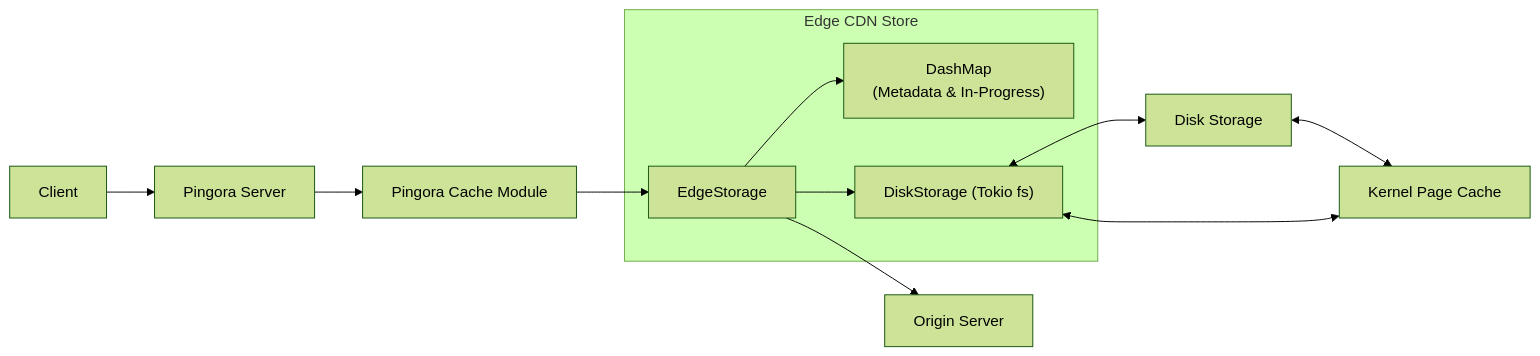
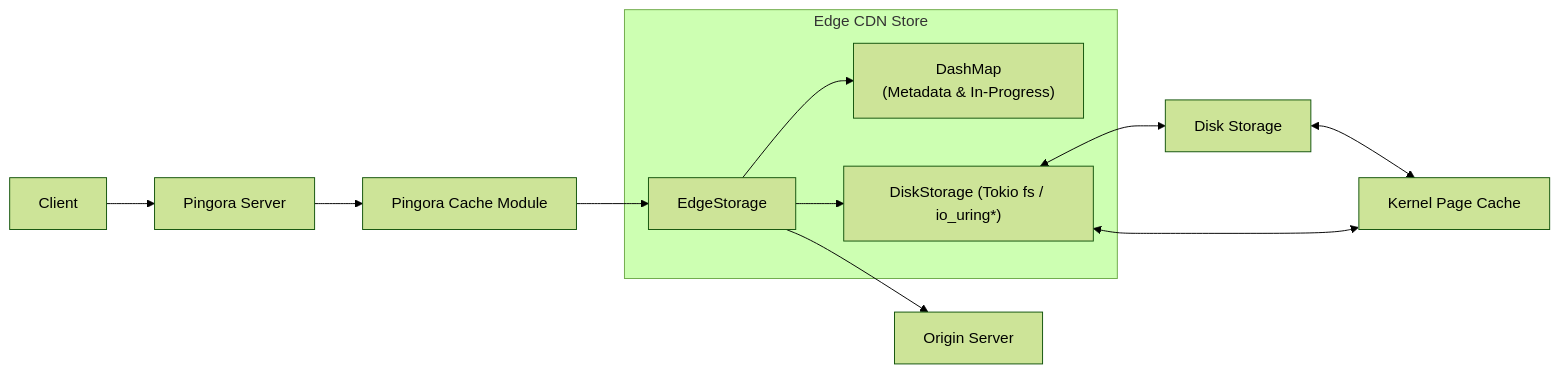
Before and after one commit to PixmaNts/edge-cdn-store: the first of 4 diagrams in design/architecture_diagrams.md, drawn with Mermaid (forest theme). The commit also changed other lines of this file and 12 other files, not shown here.

````diff
--- a/design/architecture_diagrams.md
+++ b/design/architecture_diagrams.md
@@ -7,25 +7,25 @@
 ```mermaid
 graph LR
     subgraph "Edge CDN Store"
         EdgeStorage["EdgeStorage"]
         DashMap["DashMap<br>(Metadata & In-Progress)"]
-        DiskStorage["DiskStorage (Tokio fs)"]
+        DiskStorage["DiskStorage (Tokio fs / io_uring*)"]
         EdgeStorage --> DashMap
         EdgeStorage --> DiskStorage
     end
 
     Client["Client"]
     PingoraServer["Pingora Server"]
     PingoraCacheModule["Pingora Cache Module"]
     OriginServer["Origin Server"]
     Disk["Disk Storage"]
     KernelPageCache["Kernel Page Cache"]
 
     Client --> PingoraServer
     PingoraServer --> PingoraCacheModule
     PingoraCacheModule --> EdgeStorage
     EdgeStorage --> OriginServer
     DiskStorage <--> Disk
     Disk <--> KernelPageCache
     KernelPageCache <--> DiskStorage
 ```
````
